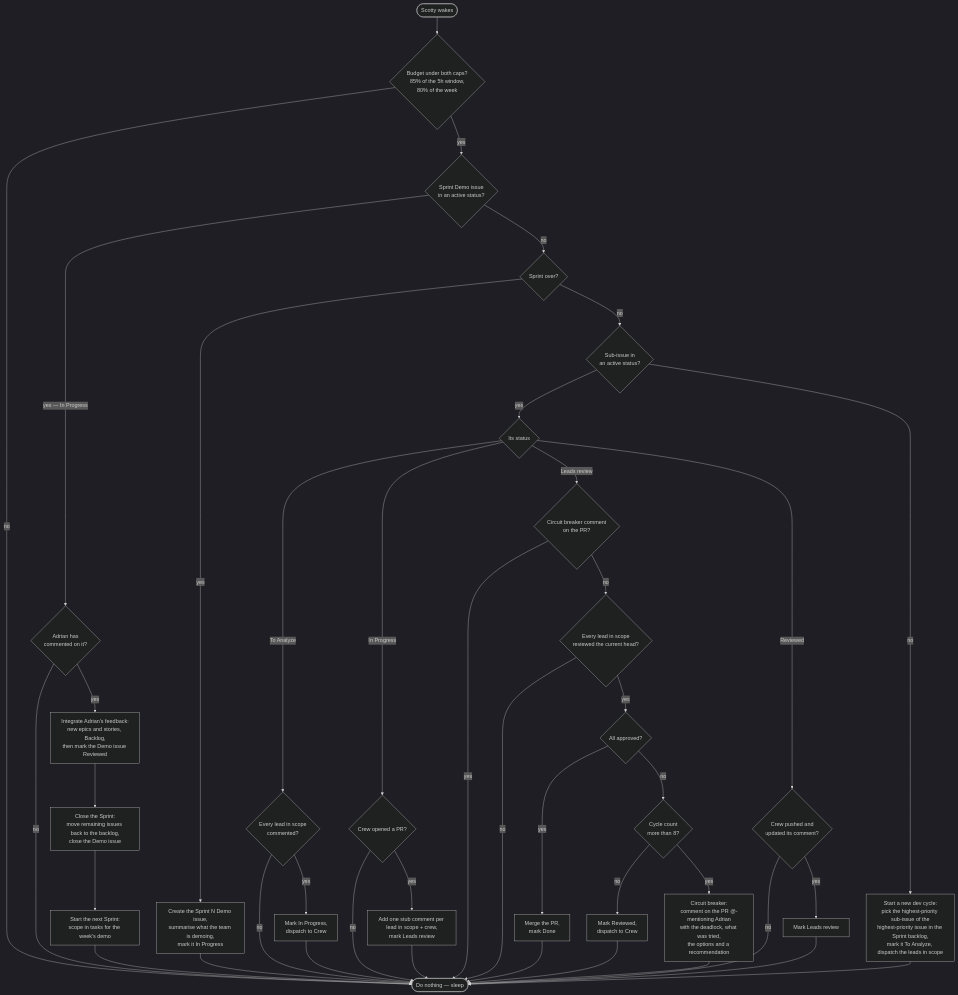
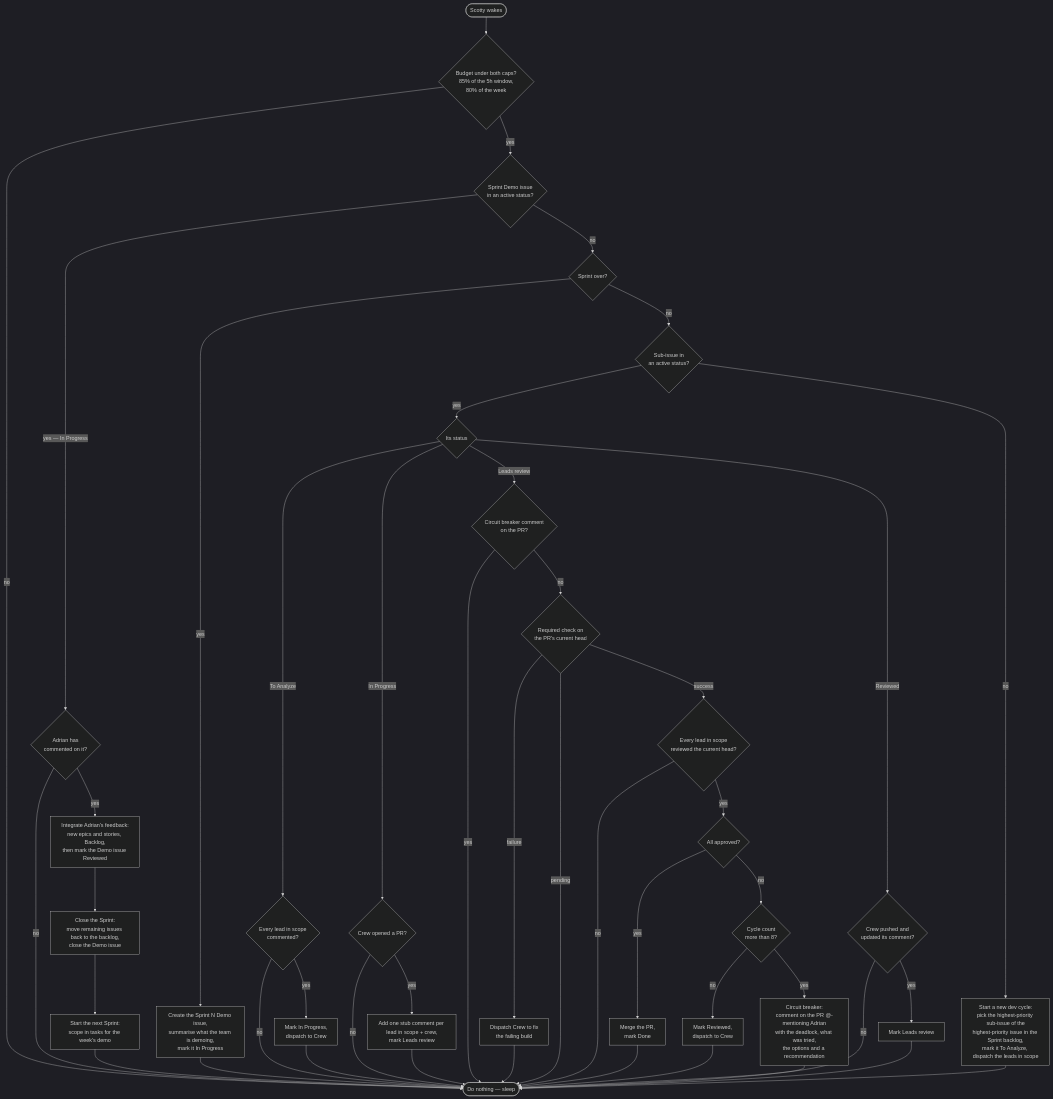
The diagram in agentic-team/high-level-agentic-flow.mmd (Abaudat/browser-city), drawn with Mermaid (dark theme) before and after one commit. The commit also changed 18 other files, not shown here.

```diff
--- a/agentic-team/high-level-agentic-flow.mmd
+++ b/agentic-team/high-level-agentic-flow.mmd
@@ -1,50 +1,53 @@
 flowchart TD
     wake(["Scotty wakes"])
     sleep(["Do nothing — sleep"])
 
     wake --> budget-available{"Budget under both caps?<br/>85% of the 5h window,<br/>80% of the week"}
     budget-available -->|no| sleep
     budget-available -->|yes| demo-active{"Sprint Demo issue<br/>in an active status?"}
 
     %% ---------- Sprint Demo ----------
     demo-active -->|"yes — In Progress"| demo-has-feedback{"Adrian has<br/>commented on it?"}
     demo-has-feedback -->|no| sleep
     demo-has-feedback -->|yes| integrating-feedback["Integrate Adrian's feedback:<br/>new epics and stories, Backlog,<br/>then mark the Demo issue Reviewed"]
     integrating-feedback --> closing-sprint["Close the Sprint:<br/>move remaining issues back to the backlog,<br/>close the Demo issue"]
     closing-sprint --> starting-next-sprint["Start the next Sprint:<br/>scope in tasks for the week's demo"]
     starting-next-sprint --> sleep
 
     %% ---------- Demo due ----------
     demo-active -->|no| sprint-over{"Sprint over?"}
     sprint-over -->|yes| creating-demo-issue["Create the Sprint N Demo issue,<br/>summarise what the team is demoing,<br/>mark it In Progress"]
     creating-demo-issue --> sleep
 
     %% ---------- Sub-issue ----------
     sprint-over -->|no| subissue-active{"Sub-issue in<br/>an active status?"}
     subissue-active -->|yes| subissue-status{"Its status"}
 
     subissue-status -->|"To Analyze"| leads-analysed{"Every lead in scope<br/>commented?"}
     leads-analysed -->|no| sleep
     leads-analysed -->|yes| dispatching-implementation["Mark In Progress,<br/>dispatch to Crew"] --> sleep
 
     subissue-status -->|"In Progress"| pr-opened{"Crew opened a PR?"}
     pr-opened -->|no| sleep
     pr-opened -->|yes| opening-leads-review["Add one stub comment per lead in scope + crew,<br/>mark Leads review"] --> sleep
 
     subissue-status -->|"Leads review"| breaker-tripped{"Circuit breaker comment<br/>on the PR?"}
     breaker-tripped -->|yes| sleep
-    breaker-tripped -->|no| leads-reviewed-head{"Every lead in scope<br/>reviewed the current head?"}
+    breaker-tripped -->|no| ci-status{"Required check on<br/>the PR's current head"}
+    ci-status -->|failure| dispatching-ci-fix["Dispatch Crew to fix<br/>the failing build"] --> sleep
+    ci-status -->|pending| sleep
+    ci-status -->|success| leads-reviewed-head{"Every lead in scope<br/>reviewed the current head?"}
     leads-reviewed-head -->|no| sleep
     leads-reviewed-head -->|yes| leads-all-approved{"All approved?"}
     leads-all-approved -->|yes| merging-pr["Merge the PR,<br/>mark Done"] --> sleep
     leads-all-approved -->|no| cycles-exhausted{"Cycle count<br/>more than 8?"}
     cycles-exhausted -->|no| dispatching-rework["Mark Reviewed,<br/>dispatch to Crew"] --> sleep
     cycles-exhausted -->|yes| tripping-breaker["Circuit breaker:<br/>comment on the PR @-mentioning Adrian<br/>with the deadlock, what was tried,<br/>the options and a recommendation"] --> sleep
 
     subissue-status -->|"Reviewed"| crew-addressed{"Crew pushed and<br/>updated its comment?"}
     crew-addressed -->|no| sleep
     crew-addressed -->|yes| reopening-leads-review["Mark Leads review"] --> sleep
 
     %% ---------- New dev cycle ----------
     subissue-active -->|no| starting-dev-cycle["Start a new dev cycle:<br/>pick the highest-priority sub-issue of the<br/>highest-priority issue in the Sprint backlog,<br/>mark it To Analyze, dispatch the leads in scope"]
     starting-dev-cycle --> sleep
```
